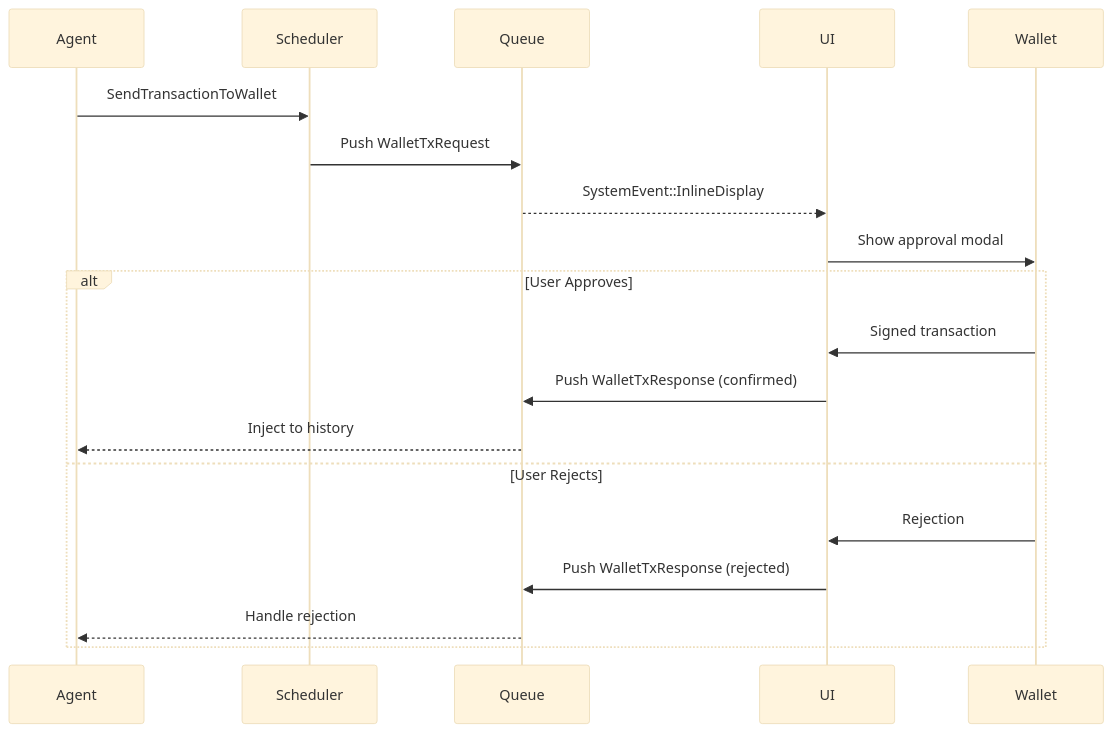
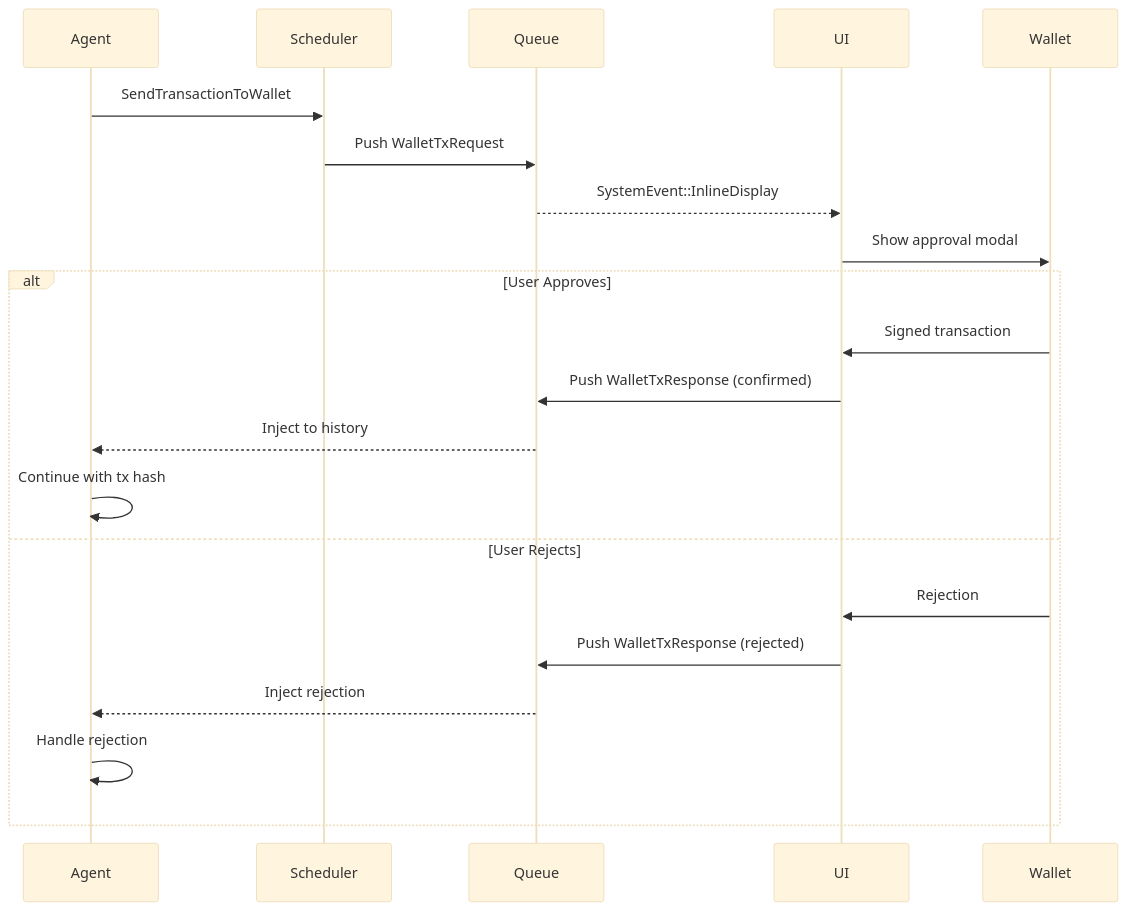
The sixth of 9 diagrams in guides/execution.mdx (aomi-labs/docs), drawn with Mermaid (base theme) before and after one commit. The commit also changed other lines of this file and 5 other files, not shown here.

````diff
--- a/guides/execution.mdx
+++ b/guides/execution.mdx
@@ -116,21 +304,26 @@
 ```mermaid
 sequenceDiagram
     participant Agent
     participant Scheduler
     participant Queue
     participant UI
     participant Wallet
+
     Agent->>Scheduler: SendTransactionToWallet
     Scheduler->>Queue: Push WalletTxRequest
+
     Queue-->>UI: SystemEvent::InlineDisplay
     UI->>Wallet: Show approval modal
+
     alt User Approves
         Wallet->>UI: Signed transaction
         UI->>Queue: Push WalletTxResponse (confirmed)
         Queue-->>Agent: Inject to history
+        Agent->>Agent: Continue with tx hash
     else User Rejects
         Wallet->>UI: Rejection
         UI->>Queue: Push WalletTxResponse (rejected)
-        Queue-->>Agent: Handle rejection
+        Queue-->>Agent: Inject rejection
+        Agent->>Agent: Handle rejection
     end
 ```
````
